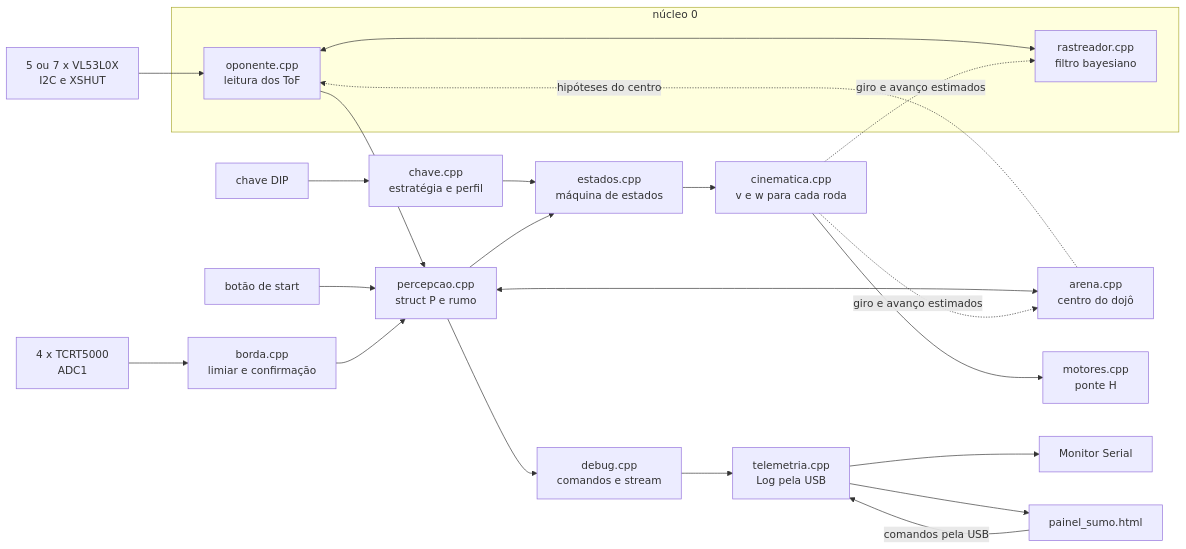
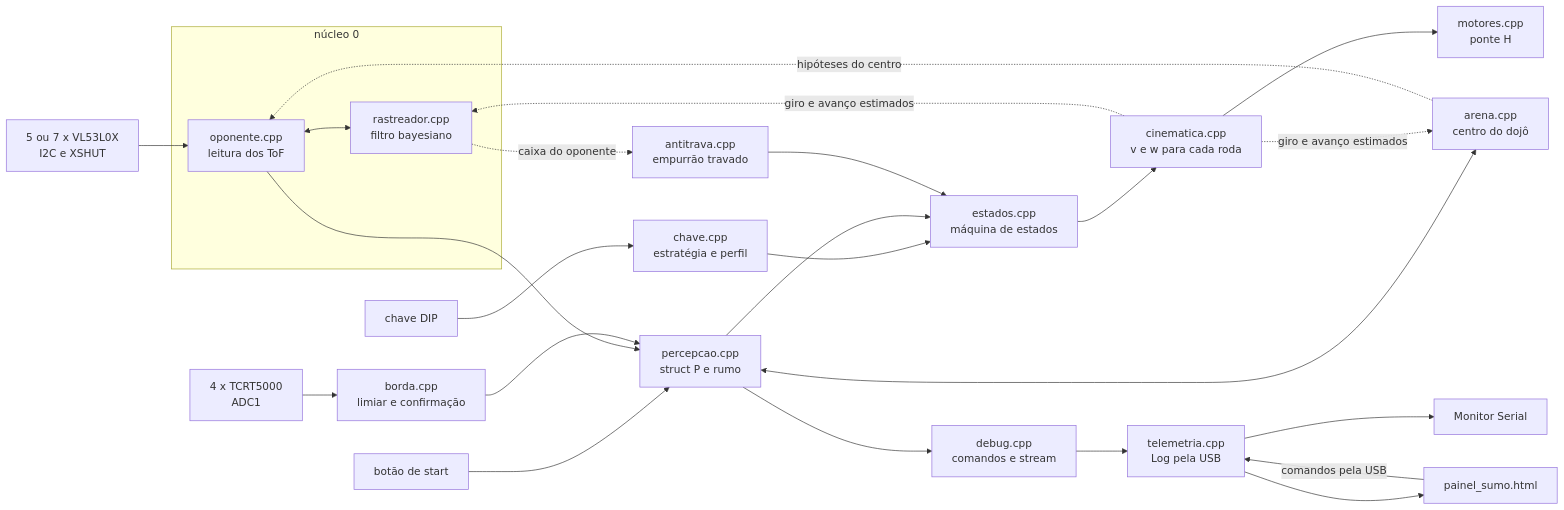
Before and after one commit to felcoslop/LAB_III_Grupo_D_UFMG_2026_2: the second of 3 diagrams in README.md, drawn with Mermaid. The commit also changed other lines of this file and 3 other files, not shown here.

````diff
--- a/README.md
+++ b/README.md
@@ -534,25 +546,27 @@
 ```mermaid
 flowchart LR
     subgraph N0["núcleo 0"]
         OPO["oponente.cpp<br/>leitura dos ToF"] <--> RAS["rastreador.cpp<br/>filtro bayesiano"]
     end
     TOF["5 ou 7 x VL53L0X<br/>I2C e XSHUT"] --> OPO
     TCRT["4 x TCRT5000<br/>ADC1"] --> BOR["borda.cpp<br/>limiar e confirmação"]
     DIP["chave DIP"] --> CHA["chave.cpp<br/>estratégia e perfil"]
     BOT["botão de start"] --> PER
     OPO --> PER["percepcao.cpp<br/>struct P e rumo"]
     BOR --> PER
     PER <--> ARE["arena.cpp<br/>centro do dojô"]
     ARE -. "hipóteses do centro" .-> OPO
     CHA --> EST
     PER --> EST["estados.cpp<br/>máquina de estados"]
+    RAS -. "caixa do oponente" .-> ANT["antitrava.cpp<br/>empurrão travado"]
+    ANT --> EST
     EST --> CIN["cinematica.cpp<br/>v e w para cada roda"]
     CIN --> MOT["motores.cpp<br/>ponte H"]
     CIN -. "giro e avanço estimados" .-> RAS
     CIN -. "giro e avanço estimados" .-> ARE
     PER --> DEB["debug.cpp<br/>comandos e stream"]
     DEB --> TEL["telemetria.cpp<br/>Log pela USB"]
     TEL --> USB["Monitor Serial"]
     TEL --> PAI["painel_sumo.html"]
     PAI -- "comandos pela USB" --> TEL
 ```
````
